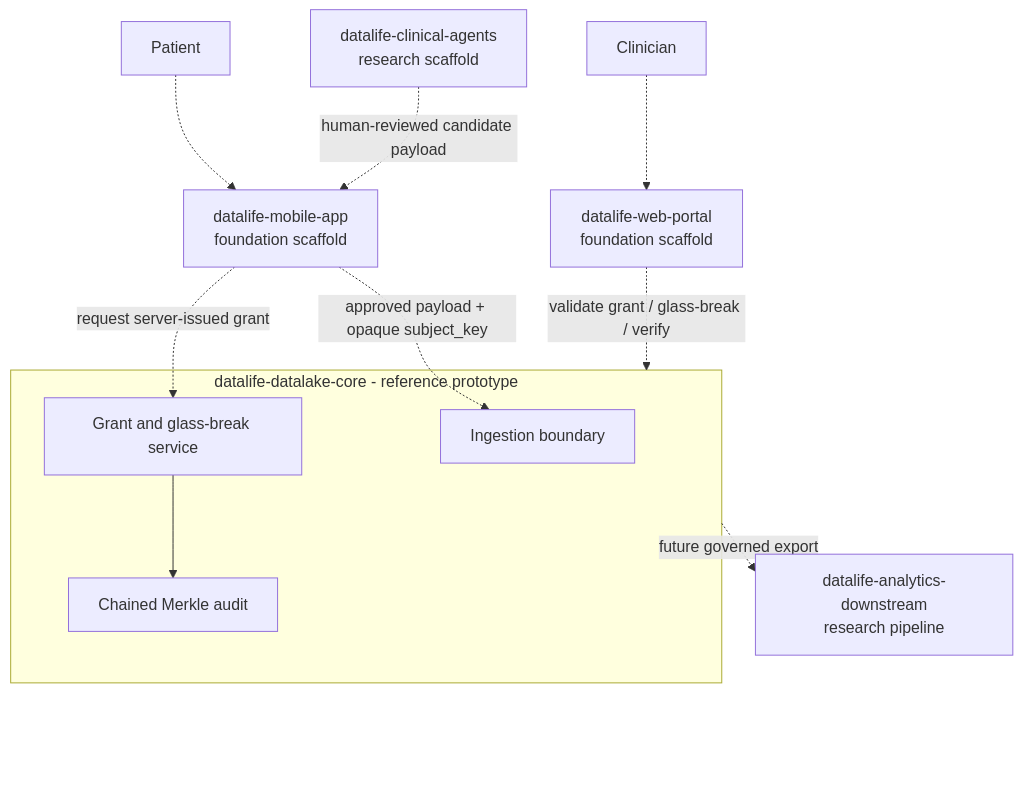
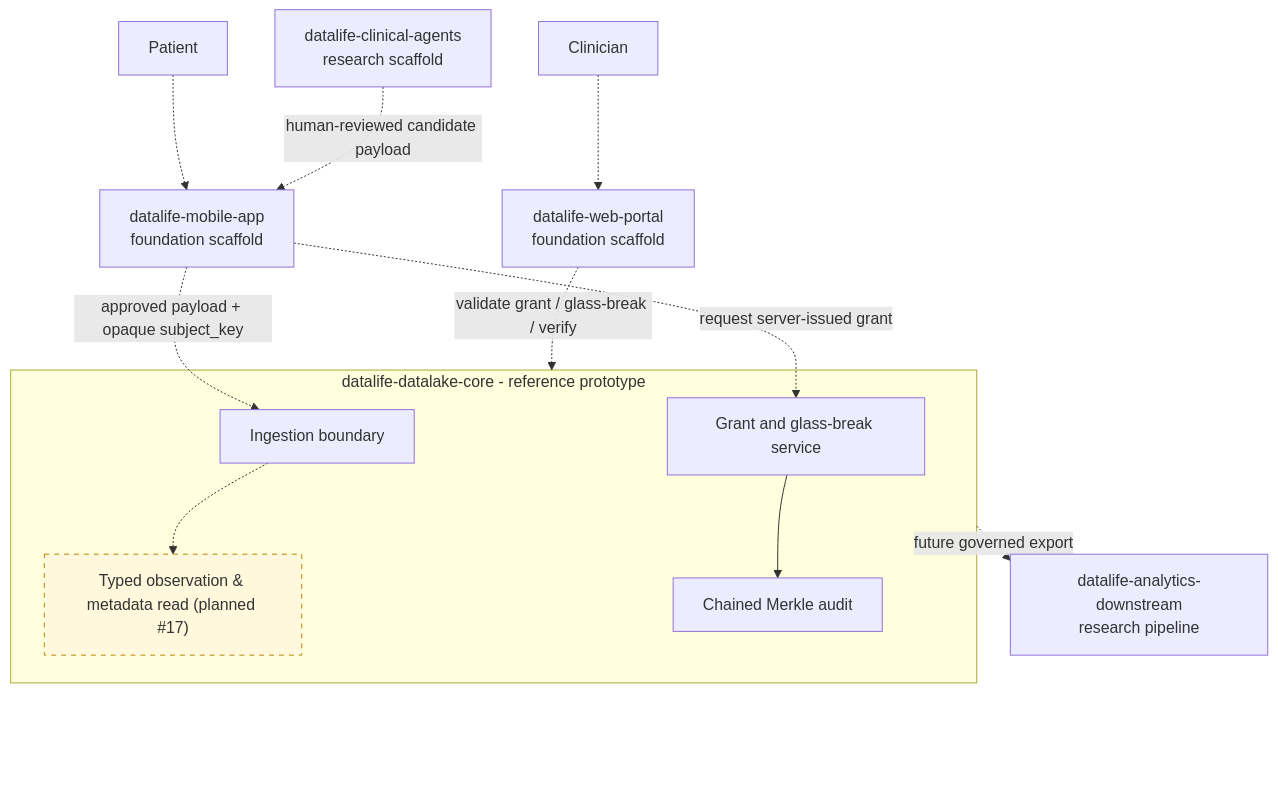
One commit to datalife-ehealth/.github changed the diagram in profile/README.md. Above: the diagram before and after it, drawn with Mermaid.

Commit message:
docs(profile): balance planned Core read node in diagram

````diff
--- a/profile/README.md
+++ b/profile/README.md
@@ -51,26 +51,30 @@
 ```mermaid
 %%{init: {"flowchart": {"diagramPadding": 32, "nodeSpacing": 48, "rankSpacing": 56}}}%%
 flowchart TB
     Patient[Patient] -.-> Mobile["datalife-mobile-app<br/>foundation scaffold"]
     Clinician[Clinician] -.-> Web["datalife-web-portal<br/>foundation scaffold"]
 
     subgraph CoreRepo["datalife-datalake-core - reference prototype"]
         Ingest[Ingestion boundary]
+        ObsStore["Typed observation & metadata read (planned #17)"]
         Grants[Grant and glass-break service]
         Audit[Chained Merkle audit]
+        Ingest -.-> ObsStore
         Grants --> Audit
     end
 
     Mobile -. "approved payload + opaque subject_key" .-> Ingest
     Mobile -. "request server-issued grant" .-> Grants
     Web -. "validate grant / glass-break / verify" .-> CoreRepo
 
     Agents["datalife-clinical-agents<br/>research scaffold"]
     Analytics["datalife-analytics-downstream<br/>research pipeline"]
     Agents -. "human-reviewed candidate payload" .-> Mobile
     CoreRepo -. "future governed export" .-> Analytics
 
     Analytics ~~~ ViewerControlSafeArea["viewer controls safe area"]
     classDef layoutSpacer fill:transparent,stroke:transparent,color:transparent;
+    classDef planned fill:#fff8dc,stroke:#b88700,stroke-dasharray: 5 5;
     class ViewerControlSafeArea layoutSpacer;
+    class ObsStore planned;
 ```
````
